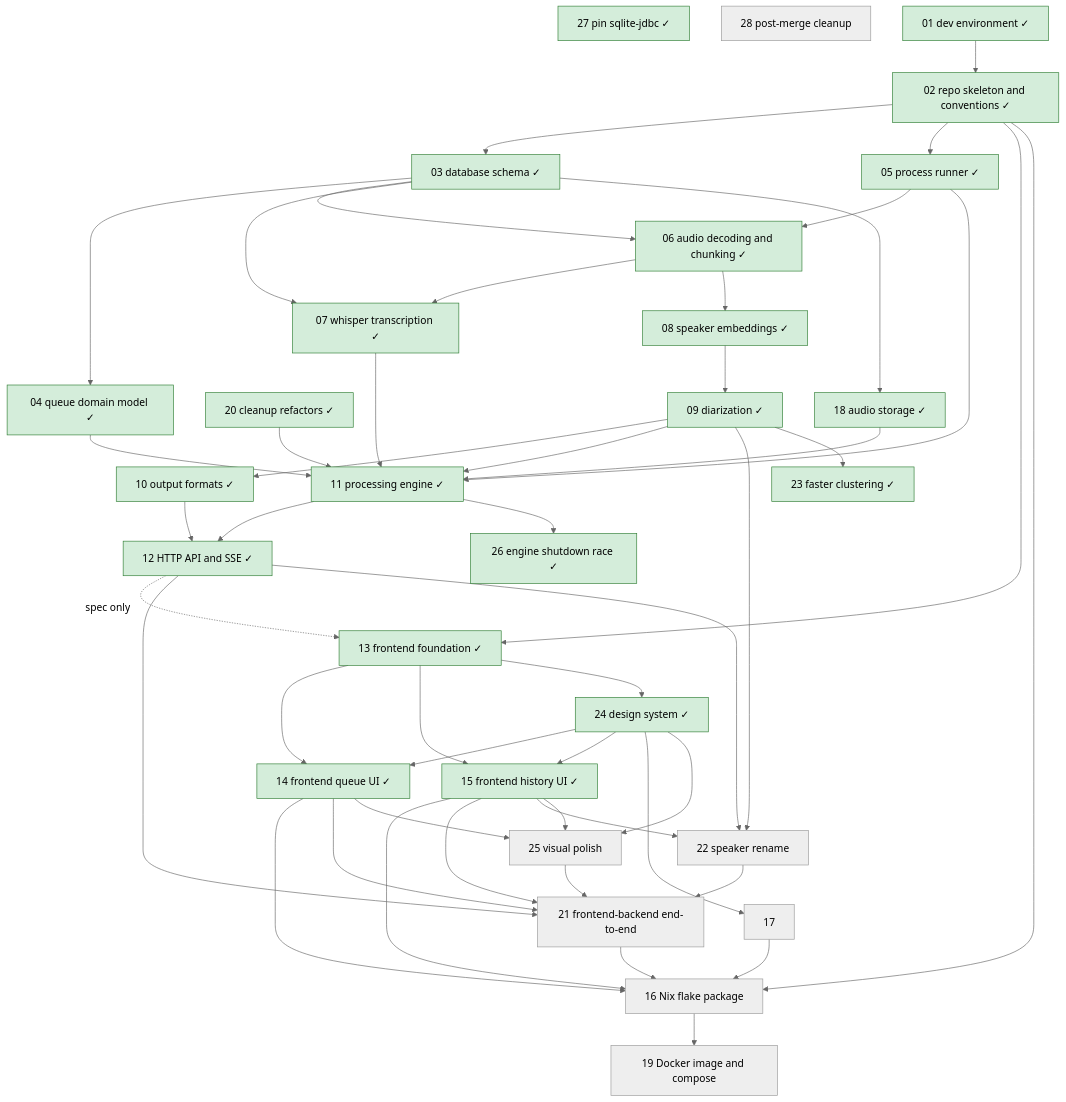
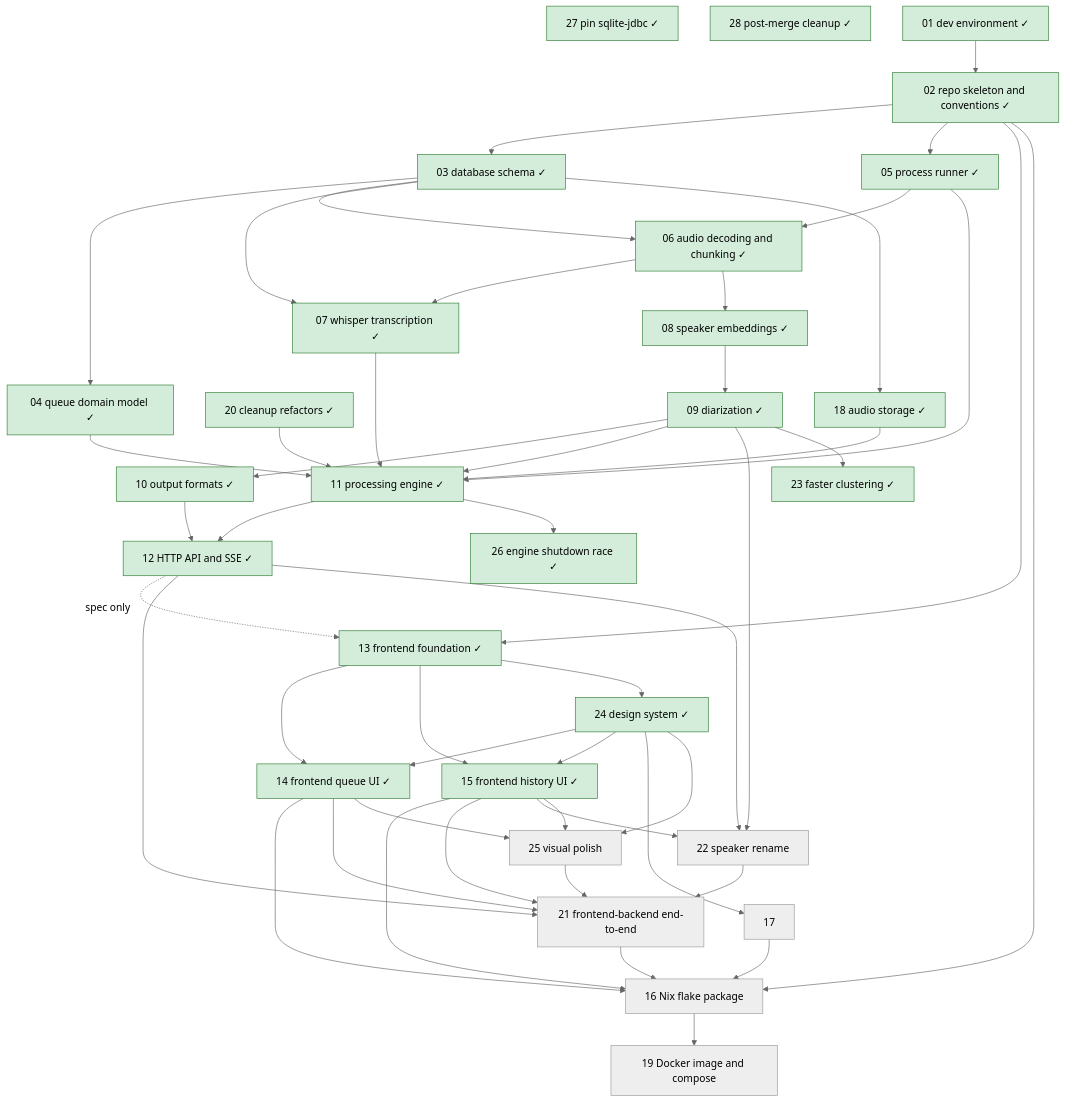
Before and after one commit to lulu-berlin/speech-to-text-app: the diagram in roadmap/README.md, drawn with Mermaid (neutral theme). The commit also changed other lines of this file and 2 other files, not shown here.

Commit message:
Complete roadmap item 28: fold the spec into cleanup-refactors.md

````diff
--- a/roadmap/README.md
+++ b/roadmap/README.md
@@ -17,54 +17,54 @@
 ```mermaid
 graph TD
   01[01 dev environment ✓]:::done --> 02[02 repo skeleton and conventions ✓]:::done
   02 --> 03[03 database schema ✓]:::done
   03 --> 04[04 queue domain model ✓]:::done
   02 --> 05[05 process runner ✓]:::done
   05 --> 06[06 audio decoding and chunking ✓]:::done
   03 --> 06
   06 --> 07[07 whisper transcription ✓]:::done
   03 --> 07
   06 --> 08[08 speaker embeddings ✓]:::done
   08 --> 09[09 diarization ✓]:::done
   09 --> 10[10 output formats ✓]:::done
   04 --> 11[11 processing engine ✓]:::done
   05 --> 11
   07 --> 11
   09 --> 11
   03 --> 18[18 audio storage ✓]:::done
   18 --> 11
   20 --> 11
   11 --> 12[12 HTTP API and SSE ✓]:::done
   10 --> 12
   02 --> 13[13 frontend foundation ✓]:::done
   12 -. spec only .-> 13
   13 --> 14[14 frontend queue UI ✓]:::done
   13 --> 15[15 frontend history UI ✓]:::done
   02 --> 16[16 Nix flake package]
   14 --> 16
   15 --> 16
   17 --> 16
   20[20 cleanup refactors ✓]:::done
   12 --> 21[21 frontend-backend end-to-end]
   14 --> 21
   15 --> 21
   22 --> 21
   25 --> 21
   16 --> 19[19 Docker image and compose]
   21 --> 16
   09 --> 22[22 speaker rename]
   12 --> 22
   15 --> 22
   09 --> 23[23 faster clustering ✓]:::done
   13 --> 24[24 design system ✓]:::done
   24 --> 14
   24 --> 15
   24 --> 17
   24 --> 25[25 visual polish]
   14 --> 25
   15 --> 25
   11 --> 26[26 engine shutdown race ✓]:::done
   27[27 pin sqlite-jdbc ✓]:::done
-  28[28 post-merge cleanup]
+  28[28 post-merge cleanup ✓]:::done
   classDef done fill:#d4edda,stroke:#2e7d32
 ```
````
